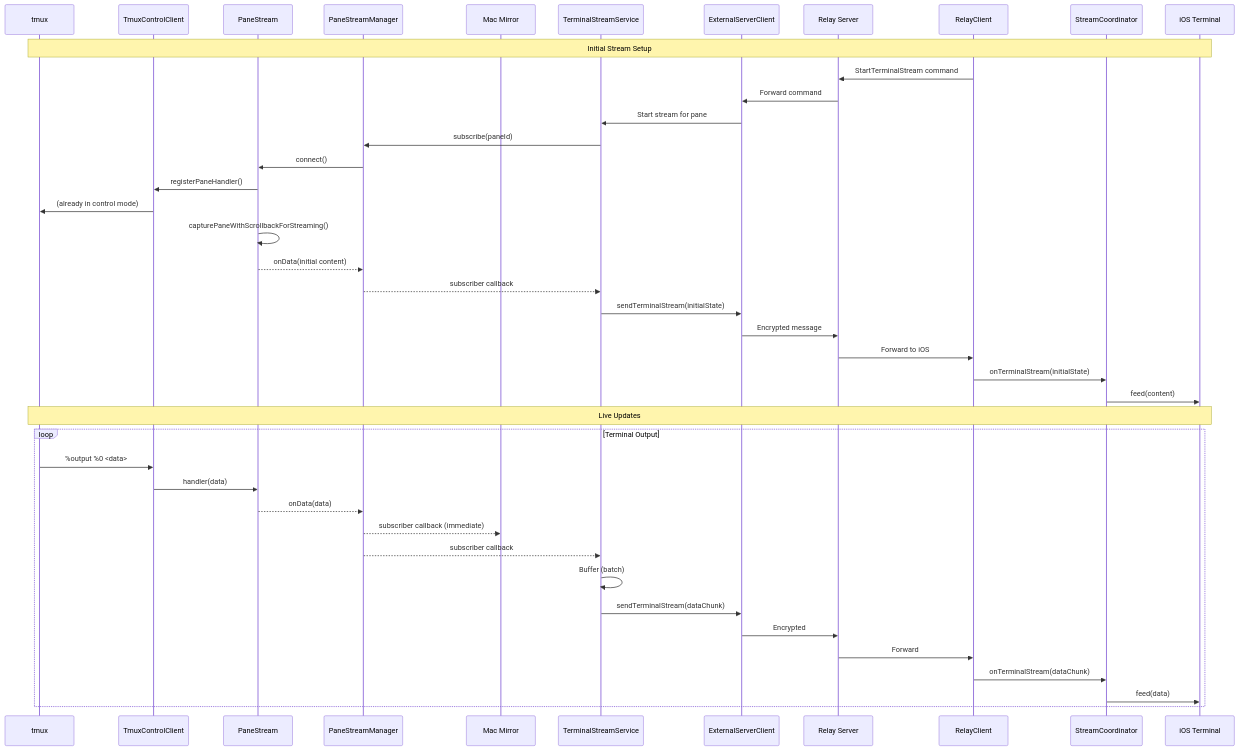
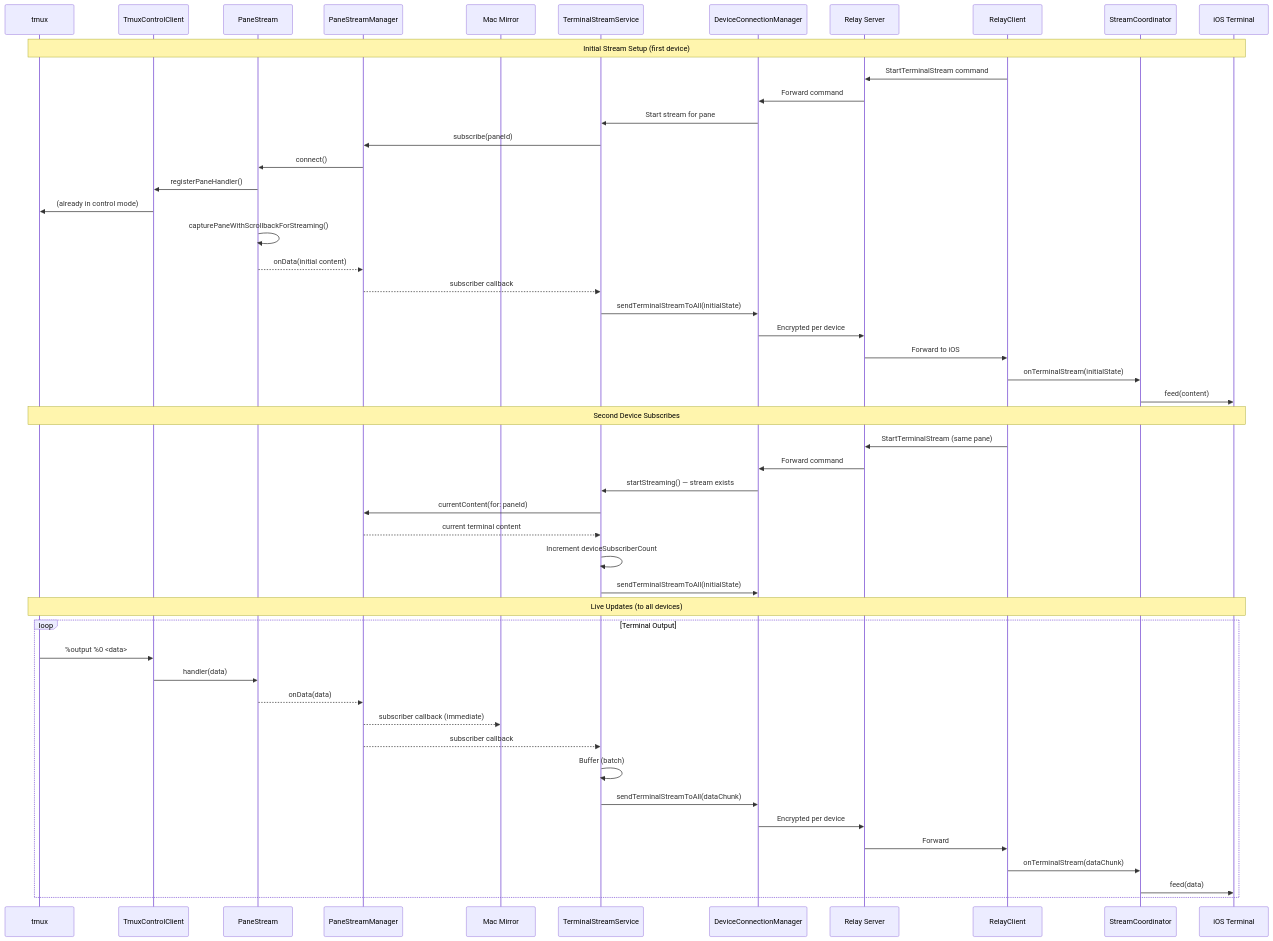
One commit to gpambrozio/Gallager changed diagram 12 of 12 in docs/streaming-architecture.md. Above: the diagram before and after it, drawn with Mermaid. The commit also changed other lines of this file and 15 other files, not shown here.

````diff
--- a/docs/streaming-architecture.md
+++ b/docs/streaming-architecture.md
@@ -270,48 +285,58 @@
 ```mermaid
 sequenceDiagram
     participant TMUX as tmux
     participant TCC as TmuxControlClient
     participant PS as PaneStream
     participant PSM as PaneStreamManager
     participant MV as Mac Mirror
     participant TSS as TerminalStreamService
-    participant ESC as ExternalServerClient
+    participant DCM as DeviceConnectionManager
     participant SRV as Relay Server
     participant RC as RelayClient
     participant SC as StreamCoordinator
     participant IV as iOS Terminal
 
-    Note over TMUX,IV: Initial Stream Setup
+    Note over TMUX,IV: Initial Stream Setup (first device)
 
     RC->>SRV: StartTerminalStream command
-    SRV->>ESC: Forward command
-    ESC->>TSS: Start stream for pane
+    SRV->>DCM: Forward command
+    DCM->>TSS: Start stream for pane
     TSS->>PSM: subscribe(paneId)
     PSM->>PS: connect()
     PS->>TCC: registerPaneHandler()
     TCC->>TMUX: (already in control mode)
     PS->>PS: capturePaneWithScrollbackForStreaming()
     PS-->>PSM: onData(initial content)
     PSM-->>TSS: subscriber callback
-    TSS->>ESC: sendTerminalStream(initialState)
-    ESC->>SRV: Encrypted message
+    TSS->>DCM: sendTerminalStreamToAll(initialState)
+    DCM->>SRV: Encrypted per device
     SRV->>RC: Forward to iOS
     RC->>SC: onTerminalStream(initialState)
     SC->>IV: feed(content)
 
-    Note over TMUX,IV: Live Updates
+    Note over TMUX,IV: Second Device Subscribes
+
+    RC->>SRV: StartTerminalStream (same pane)
+    SRV->>DCM: Forward command
+    DCM->>TSS: startStreaming() — stream exists
+    TSS->>PSM: currentContent(for: paneId)
+    PSM-->>TSS: current terminal content
+    TSS->>TSS: Increment deviceSubscriberCount
+    TSS->>DCM: sendTerminalStreamToAll(initialState)
+
+    Note over TMUX,IV: Live Updates (to all devices)
 
     loop Terminal Output
         TMUX->>TCC: %output %0 <data>
         TCC->>PS: handler(data)
         PS-->>PSM: onData(data)
         PSM-->>MV: subscriber callback (immediate)
         PSM-->>TSS: subscriber callback
         TSS->>TSS: Buffer (batch)
-        TSS->>ESC: sendTerminalStream(dataChunk)
-        ESC->>SRV: Encrypted
+        TSS->>DCM: sendTerminalStreamToAll(dataChunk)
+        DCM->>SRV: Encrypted per device
         SRV->>RC: Forward
         RC->>SC: onTerminalStream(dataChunk)
         SC->>IV: feed(data)
     end
 ```
````
